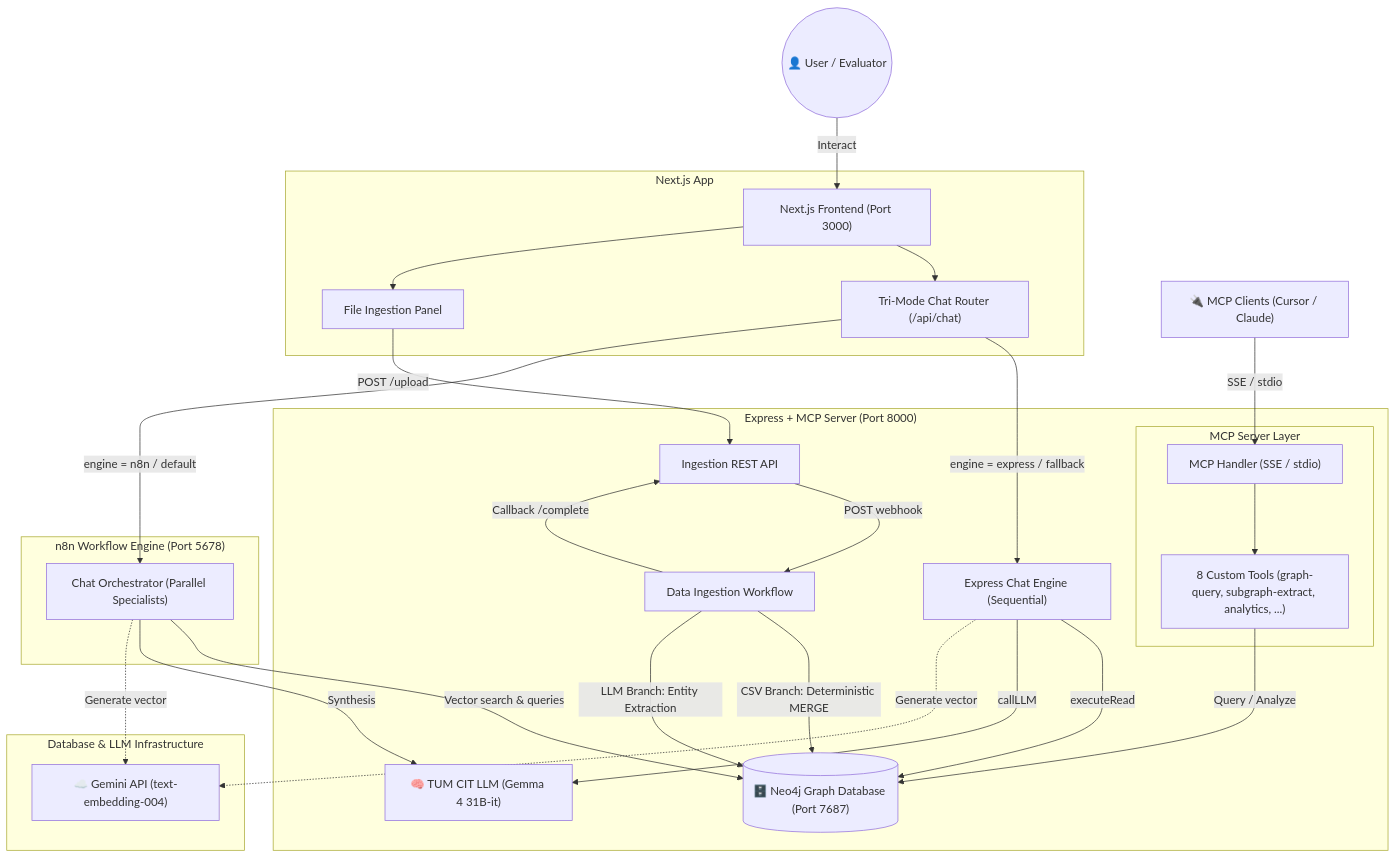
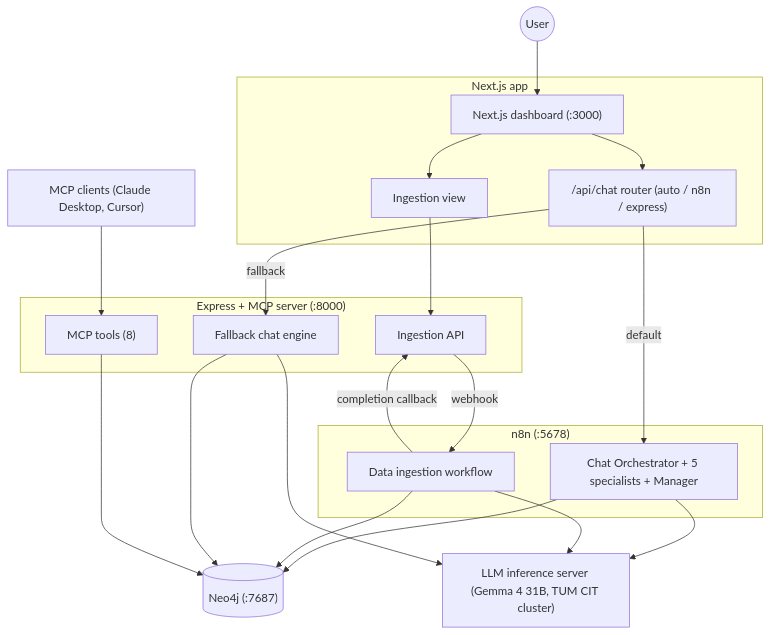
The diagram in README.md (duyhhoang/ai-agents-in-practice), drawn with Mermaid before and after one commit. The commit also changed other lines of this file and 32 other files, not shown here.

````diff
--- a/README.md
+++ b/README.md
@@ -40,45 +25,37 @@
 ```mermaid
 flowchart TD
-    User(("👤 User / Evaluator")) -->|Interact| UI["Next.js Frontend (Port 3000)"]
-    
-    subgraph Frontend ["Next.js App"]
-        UI --> Router["Tri-Mode Chat Router (/api/chat)"]
-        UI --> Upload["File Ingestion Panel"]
-    end
-    
-    subgraph Backend ["Express + MCP Server (Port 8000)"]
-        Router -->|engine = express / fallback| Express["Express Chat Engine (Sequential)"]
-        Upload -->|POST /upload| IngestAPI["Ingestion REST API"]
-        
-        subgraph MCP ["MCP Server Layer"]
-            MCPAgent["MCP Handler (SSE / stdio)"] --> Tools["8 Custom Tools (graph-query, subgraph-extract, analytics, ...)"]
-        end
-        
-        Express -->|executeRead| Neo4j
-        Express -->|callLLM| TUM_LLM
-        IngestAPI -->|POST webhook| N8N_Ingest
-        Tools -->|Query / Analyze| Neo4j
-    end
-    
-    subgraph N8N ["n8n Workflow Engine (Port 5678)"]
-        Router -->|engine = n8n / default| N8N_Chat["Chat Orchestrator (Parallel Specialists)"]
-        N8N_Ingest["Data Ingestion Workflow"]
-        
-        N8N_Chat -->|Vector search & queries| Neo4j
-        N8N_Chat -->|Synthesis| TUM_LLM
-        
-        N8N_Ingest -->|CSV Branch: Deterministic MERGE| Neo4j
-        N8N_Ingest -->|LLM Branch: Entity Extraction| Neo4j
-        N8N_Ingest -->|Callback /complete| IngestAPI
+    User(("User")) --> UI["Next.js dashboard (:3000)"]
+
+    subgraph Frontend ["Next.js app"]
+        UI --> Router["/api/chat router (auto / n8n / express)"]
+        UI --> Upload["Ingestion view"]
     end
 
-    subgraph Infra ["Database & LLM Infrastructure"]
-        Neo4j[("🗄️ Neo4j Graph Database (Port 7687)")]
-        TUM_LLM["🧠 TUM CIT LLM (Gemma 4 31B-it)"]
-        Gemini["☁️ Gemini API (text-embedding-004)"]
+    subgraph Backend ["Express + MCP server (:8000)"]
+        Express["Fallback chat engine"]
+        IngestAPI["Ingestion API"]
+        Tools["MCP tools (8)"]
     end
-    
-    MCP_Clients["🔌 MCP Clients (Cursor / Claude)"] -->|SSE / stdio| MCPAgent
-    Express -.->|Generate vector| Gemini
-    N8N_Chat -.->|Generate vector| Gemini
+
+    subgraph N8N ["n8n (:5678)"]
+        Chat["Chat Orchestrator + 5 specialists + Manager"]
+        Ingest["Data ingestion workflow"]
+    end
+
+    Router -->|default| Chat
+    Router -->|fallback| Express
+    Upload --> IngestAPI
+    IngestAPI -->|webhook| Ingest
+    Ingest -->|completion callback| IngestAPI
+
+    Chat --> Neo4j[("Neo4j (:7687)")]
+    Ingest --> Neo4j
+    Express --> Neo4j
+    Tools --> Neo4j
+
+    Chat --> LLM["LLM inference server (Gemma 4 31B, TUM CIT cluster)"]
+    Ingest --> LLM
+    Express --> LLM
+
+    MCPClients["MCP clients (Claude Desktop, Cursor)"] --> Tools
 ```
````
